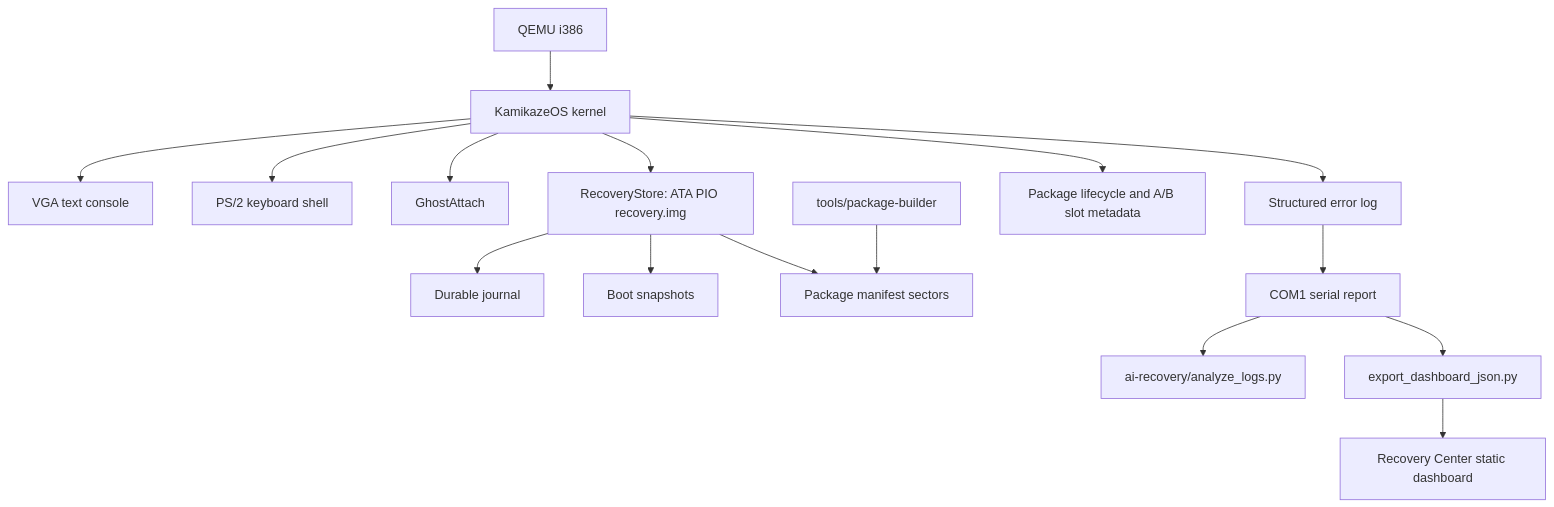
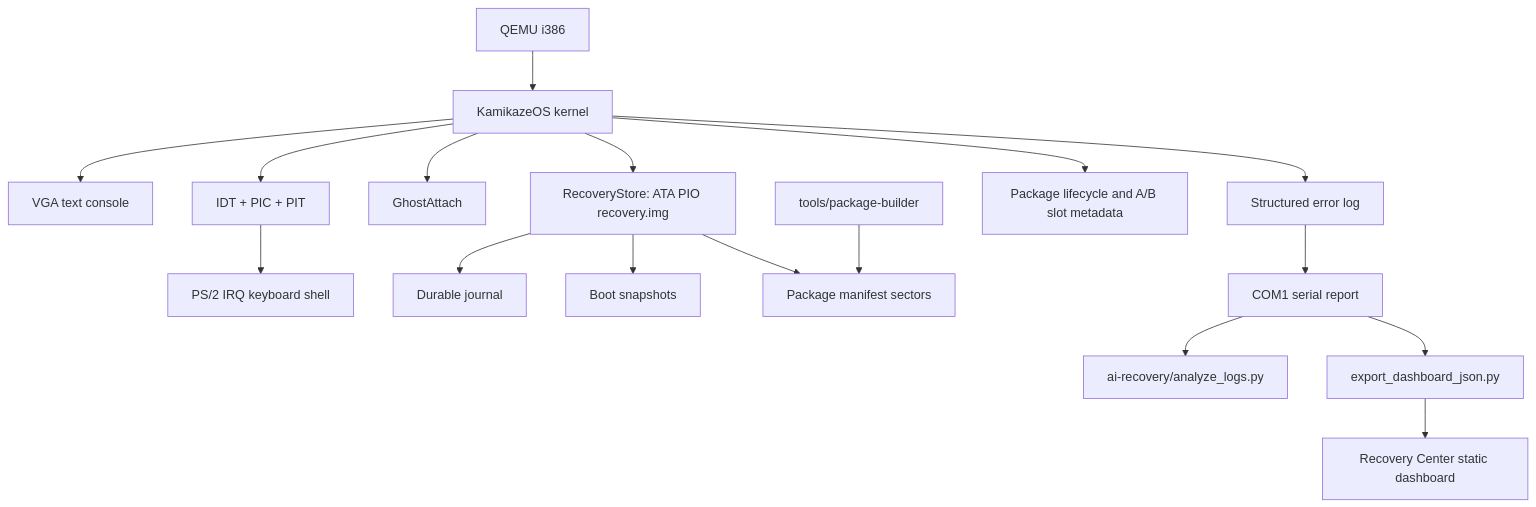
The diagram in README.md (kaamikazi/kamikazeos), drawn with Mermaid before and after one commit. The commit also changed other lines of this file and 33 other files, not shown here.

````diff
--- a/README.md
+++ b/README.md
@@ -34,18 +35,19 @@
 ```mermaid
 flowchart TD
   QEMU["QEMU i386"] --> Kernel["KamikazeOS kernel"]
   Kernel --> VGA["VGA text console"]
-  Kernel --> Keyboard["PS/2 keyboard shell"]
+  Kernel --> IRQ["IDT + PIC + PIT"]
+  IRQ --> Keyboard["PS/2 IRQ keyboard shell"]
   Kernel --> Ghost["GhostAttach"]
   Kernel --> Errors["Structured error log"]
   Kernel --> Store["RecoveryStore: ATA PIO recovery.img"]
   Store --> Journal["Durable journal"]
   Store --> Snapshots["Boot snapshots"]
   Store --> Manifests["Package manifest sectors"]
   Kernel --> Packages["Package lifecycle and A/B slot metadata"]
   Errors --> Serial["COM1 serial report"]
   Serial --> Analyzer["ai-recovery/analyze_logs.py"]
   Serial --> Exporter["export_dashboard_json.py"]
   Exporter --> Dashboard["Recovery Center static dashboard"]
   Tools["tools/package-builder"] --> Manifests
 ```
````
